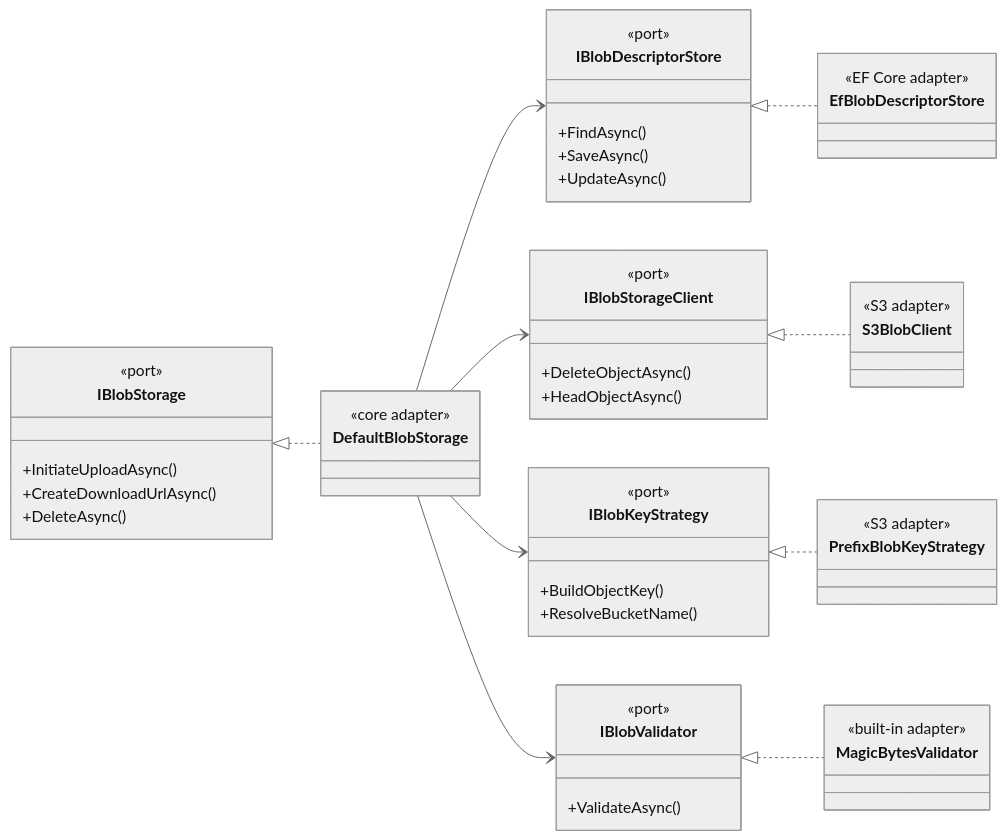
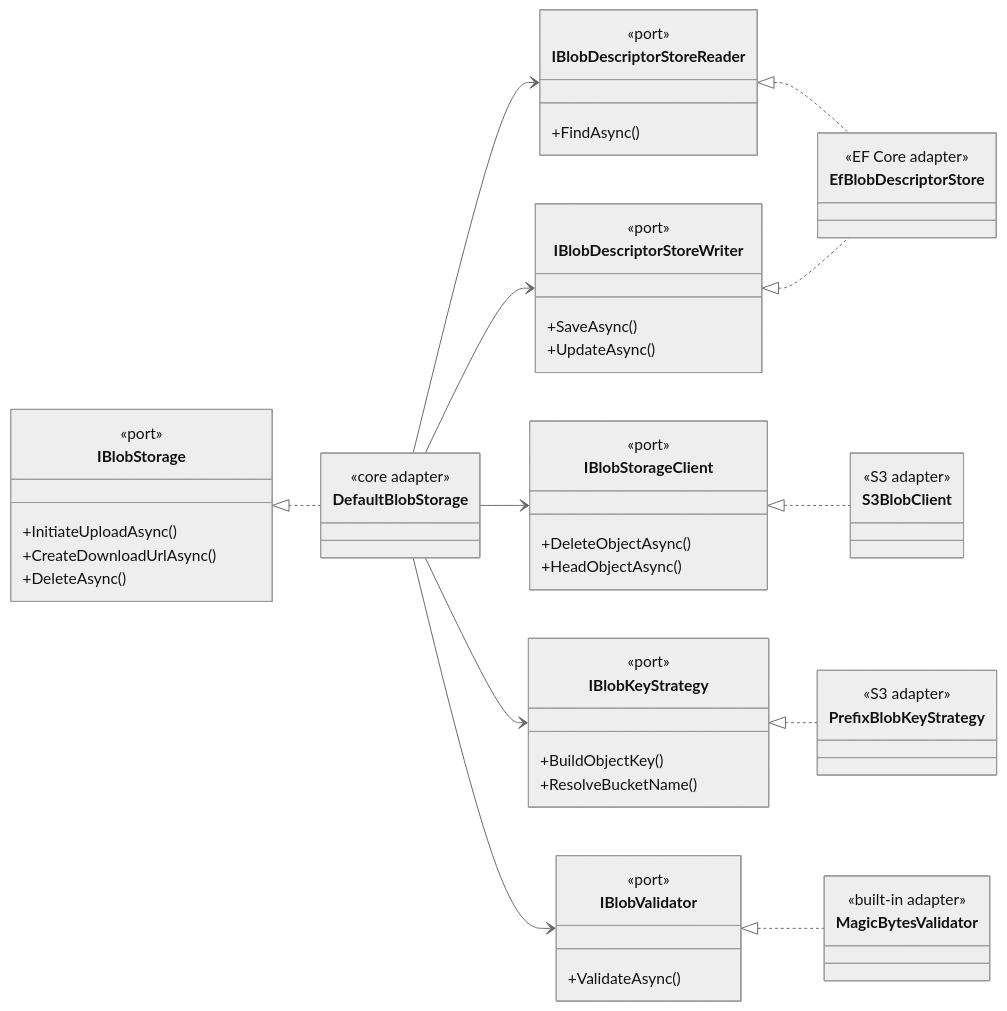
One commit to enraiz/granit-dotnet changed the diagram in docs/patterns/architecture/hexagonal-architecture.md. Above: the diagram before and after it, drawn with Mermaid (neutral theme). The commit also changed other lines of this file and 11 other files, not shown here.

First line of the commit message:
docs: mettre à jour la documentation pour refléter le split CQRS Reader/Writer (Phase 13)

````diff
--- a/docs/patterns/architecture/hexagonal-architecture.md
+++ b/docs/patterns/architecture/hexagonal-architecture.md
@@ -18,66 +18,72 @@
 ```mermaid
 classDiagram
     direction LR
 
     class IBlobStorage {
         <<port>>
         +InitiateUploadAsync()
         +CreateDownloadUrlAsync()
         +DeleteAsync()
     }
 
-    class IBlobDescriptorStore {
+    class IBlobDescriptorStoreReader {
         <<port>>
         +FindAsync()
+    }
+
+    class IBlobDescriptorStoreWriter {
+        <<port>>
         +SaveAsync()
         +UpdateAsync()
     }
 
     class IBlobStorageClient {
         <<port>>
         +DeleteObjectAsync()
         +HeadObjectAsync()
     }
 
     class IBlobKeyStrategy {
         <<port>>
         +BuildObjectKey()
         +ResolveBucketName()
     }
 
     class IBlobValidator {
         <<port>>
         +ValidateAsync()
     }
 
     class DefaultBlobStorage {
         <<core adapter>>
     }
 
     class EfBlobDescriptorStore {
         <<EF Core adapter>>
     }
 
     class S3BlobClient {
         <<S3 adapter>>
     }
 
     class PrefixBlobKeyStrategy {
         <<S3 adapter>>
     }
 
     class MagicBytesValidator {
         <<built-in adapter>>
     }
 
     IBlobStorage <|.. DefaultBlobStorage
-    DefaultBlobStorage --> IBlobDescriptorStore
+    DefaultBlobStorage --> IBlobDescriptorStoreReader
+    DefaultBlobStorage --> IBlobDescriptorStoreWriter
     DefaultBlobStorage --> IBlobStorageClient
     DefaultBlobStorage --> IBlobKeyStrategy
     DefaultBlobStorage --> IBlobValidator
 
-    IBlobDescriptorStore <|.. EfBlobDescriptorStore
+    IBlobDescriptorStoreReader <|.. EfBlobDescriptorStore
+    IBlobDescriptorStoreWriter <|.. EfBlobDescriptorStore
     IBlobStorageClient <|.. S3BlobClient
     IBlobKeyStrategy <|.. PrefixBlobKeyStrategy
     IBlobValidator <|.. MagicBytesValidator
 ```
````
